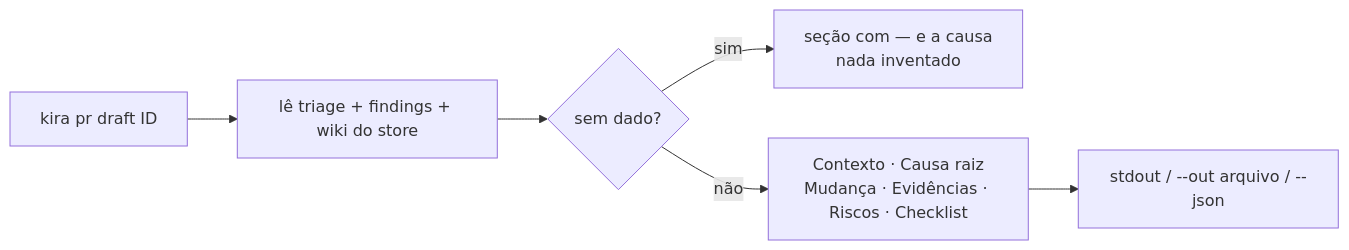
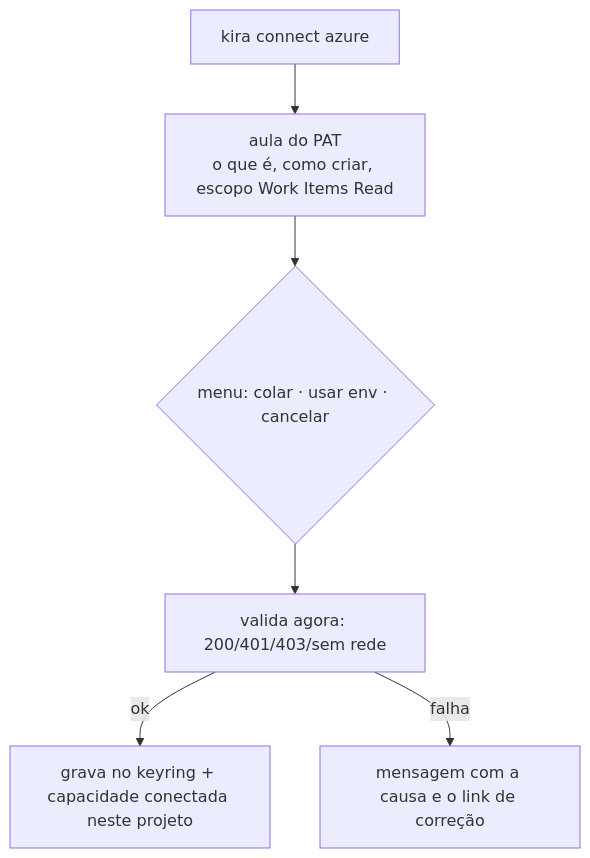
One commit to sergingroisman/kira changed the third of 3 diagrams in docs/kira-jornadas.md. Above: the diagram before and after it, drawn with Mermaid. The commit also changed other lines of this file and 3 other files, not shown here.

````diff
--- a/docs/kira-jornadas.md
+++ b/docs/kira-jornadas.md
@@ -135,8 +77,8 @@
 ```mermaid
-flowchart LR
-  A[kira pr draft ID] --> B[lê triage + findings + wiki do store]
-  B --> C{sem dado?}
-  C -->|sim| D[seção com — e a causa<br/>nada inventado]
-  C -->|não| E[Contexto · Causa raiz<br/>Mudança · Evidências · Riscos · Checklist]
-  E --> F[stdout / --out arquivo / --json]
+flowchart TD
+  A[kira connect azure] --> B[aula do PAT<br/>o que é, como criar, escopo Work Items Read]
+  B --> C{menu: colar · usar env · cancelar}
+  C --> D[valida agora: 200/401/403/sem rede]
+  D -->|ok| E[grava no keyring + capacidade conectada neste projeto]
+  D -->|falha| F[mensagem com a causa e o link de correção]
 ```
````
